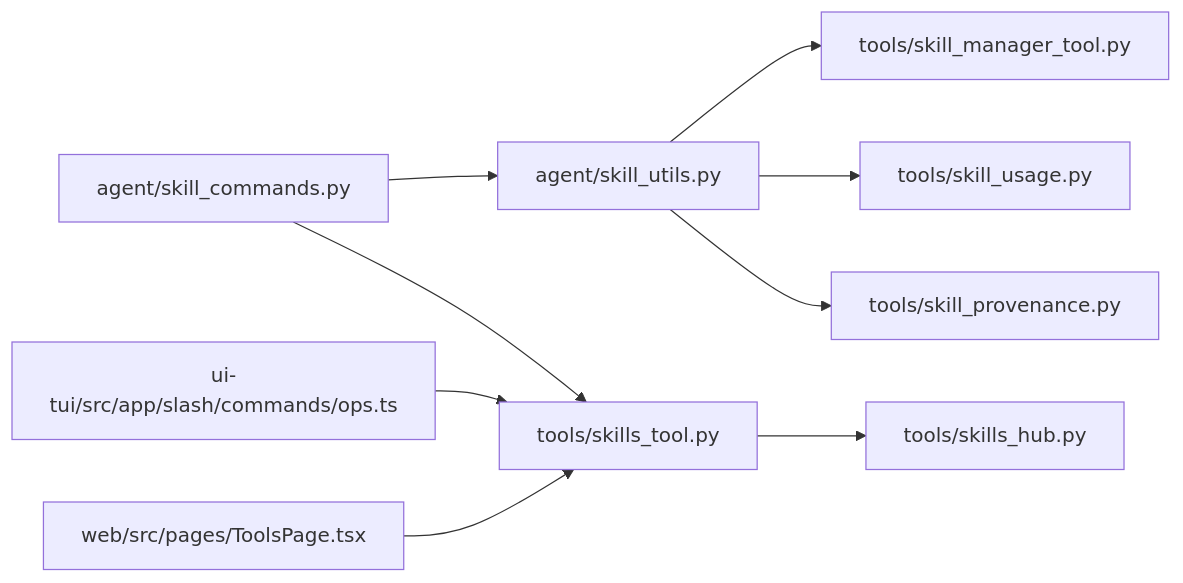
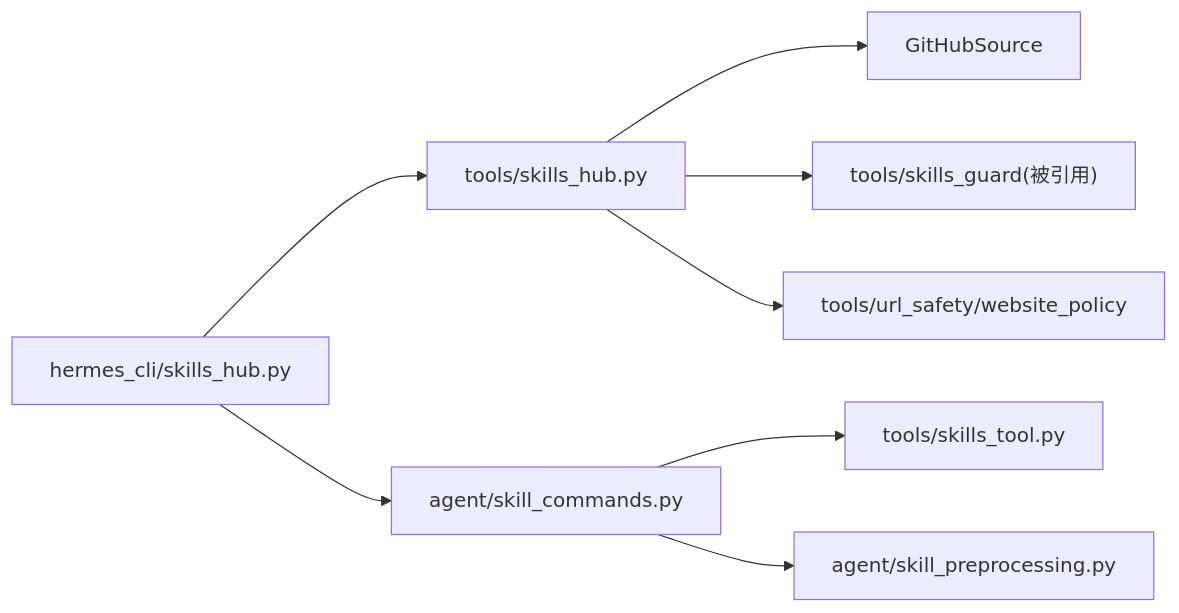
One commit to haolange/hermes-agent changed the seventh of 7 diagrams in .qoder/repowiki/zh/content/技能系统/技能系统.md. Above: the diagram before and after it, drawn with Mermaid. The commit also changed other lines of this file and 1206 other files, not shown here.

````diff
--- a/.qoder/repowiki/zh/content/技能系统/技能系统.md
+++ b/.qoder/repowiki/zh/content/技能系统/技能系统.md
@@ -339,11 +315,10 @@
 ```mermaid
 graph LR
-A["agent/skill_commands.py"] --> B["agent/skill_utils.py"]
-A --> C["tools/skills_tool.py"]
-B --> D["tools/skill_manager_tool.py"]
-B --> E["tools/skill_usage.py"]
-B --> F["tools/skill_provenance.py"]
-C --> G["tools/skills_hub.py"]
-H["ui-tui/src/app/slash/commands/ops.ts"] --> C
-I["web/src/pages/ToolsPage.tsx"] --> C
+CLI["hermes_cli/skills_hub.py"] --> HUB["tools/skills_hub.py"]
+HUB --> GH["GitHubSource"]
+HUB --> GUARD["tools/skills_guard(被引用)"]
+CLI --> CMD["agent/skill_commands.py"]
+CMD --> TOOL["tools/skills_tool.py"]
+CMD --> PRE["agent/skill_preprocessing.py"]
+HUB --> URL["tools/url_safety/website_policy"]
 ```
````
